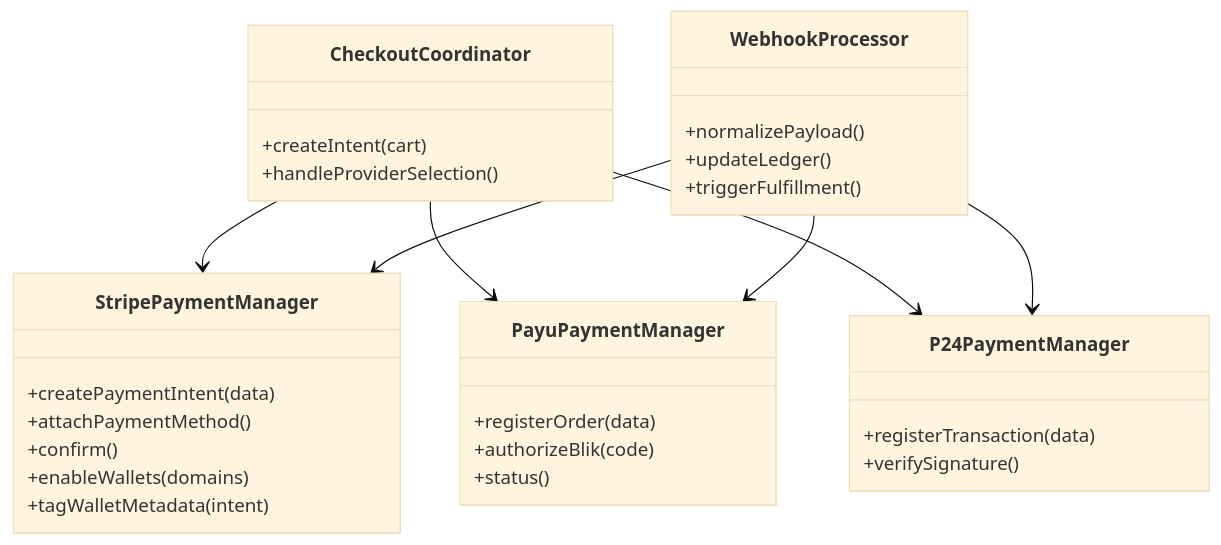
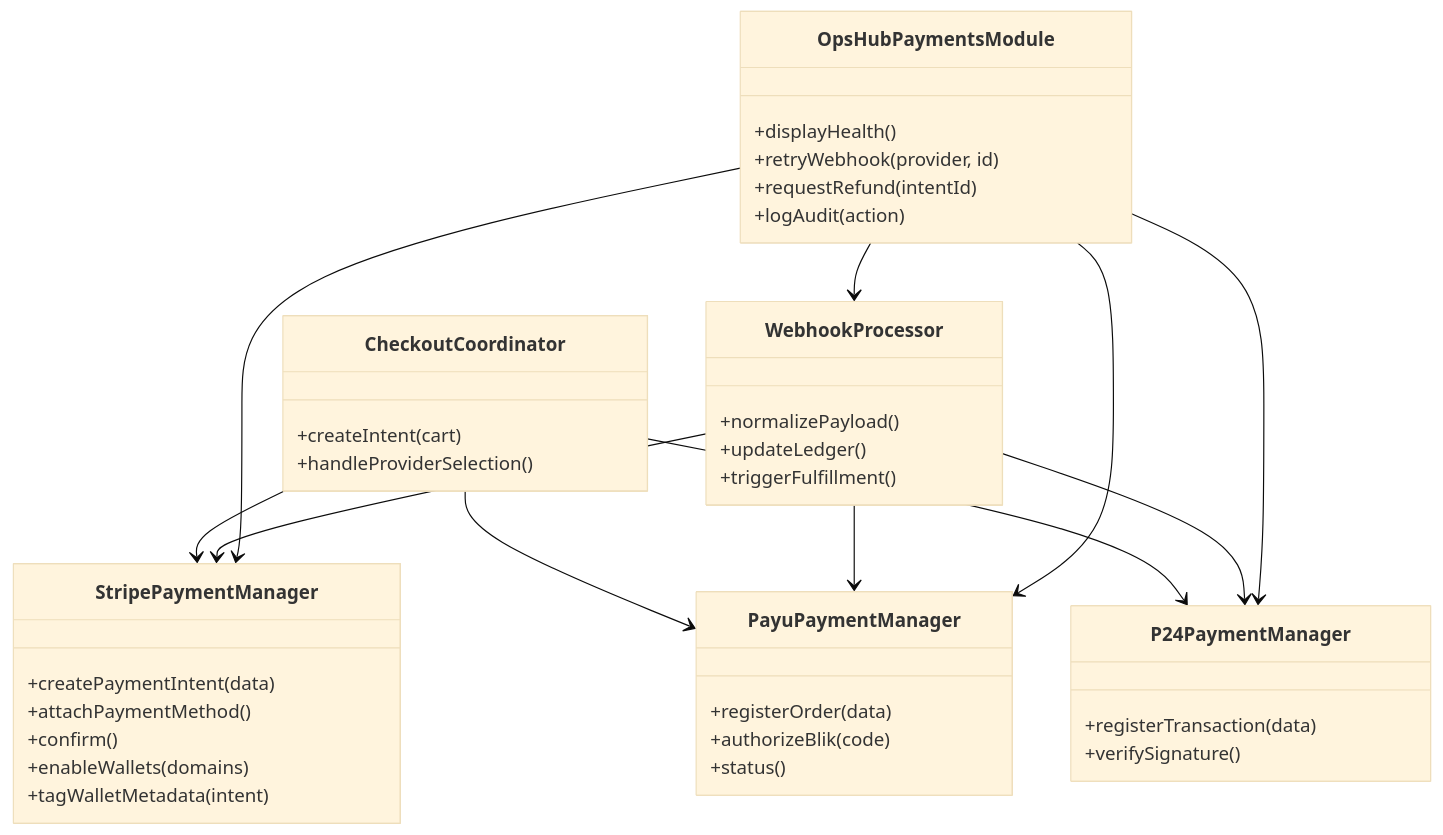
Before and after one commit to marcelkenner/clarivum: the diagram in docs/diagrams/adr-011-payments-and-checkout-orchestration/uml-services.mmd, drawn with Mermaid (base theme). The commit also changed 110 other files, not shown here.

````diff
--- a/docs/diagrams/adr-011-payments-and-checkout-orchestration/uml-services.mmd
+++ b/docs/diagrams/adr-011-payments-and-checkout-orchestration/uml-services.mmd
@@ -1,34 +1,44 @@
 ```mermaid
 classDiagram
     class CheckoutCoordinator {
         +createIntent(cart)
         +handleProviderSelection()
     }
     class StripePaymentManager {
         +createPaymentIntent(data)
         +attachPaymentMethod()
         +confirm()
         +enableWallets(domains)
         +tagWalletMetadata(intent)
     }
     class PayuPaymentManager {
         +registerOrder(data)
         +authorizeBlik(code)
         +status()
     }
     class P24PaymentManager {
         +registerTransaction(data)
         +verifySignature()
     }
     class WebhookProcessor {
         +normalizePayload()
         +updateLedger()
         +triggerFulfillment()
     }
+    class OpsHubPaymentsModule {
+        +displayHealth()
+        +retryWebhook(provider, id)
+        +requestRefund(intentId)
+        +logAudit(action)
+    }
     CheckoutCoordinator --> StripePaymentManager
     CheckoutCoordinator --> PayuPaymentManager
     CheckoutCoordinator --> P24PaymentManager
     WebhookProcessor --> StripePaymentManager
     WebhookProcessor --> PayuPaymentManager
     WebhookProcessor --> P24PaymentManager
+    OpsHubPaymentsModule --> WebhookProcessor
+    OpsHubPaymentsModule --> StripePaymentManager
+    OpsHubPaymentsModule --> PayuPaymentManager
+    OpsHubPaymentsModule --> P24PaymentManager
 ```
````
